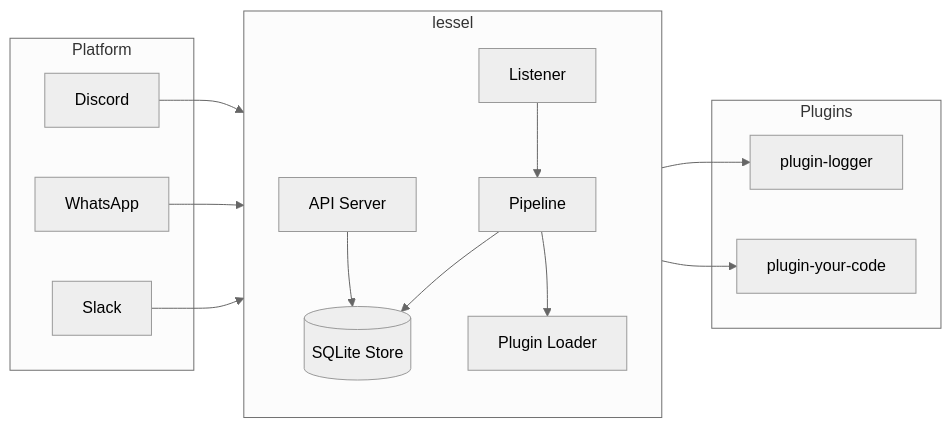
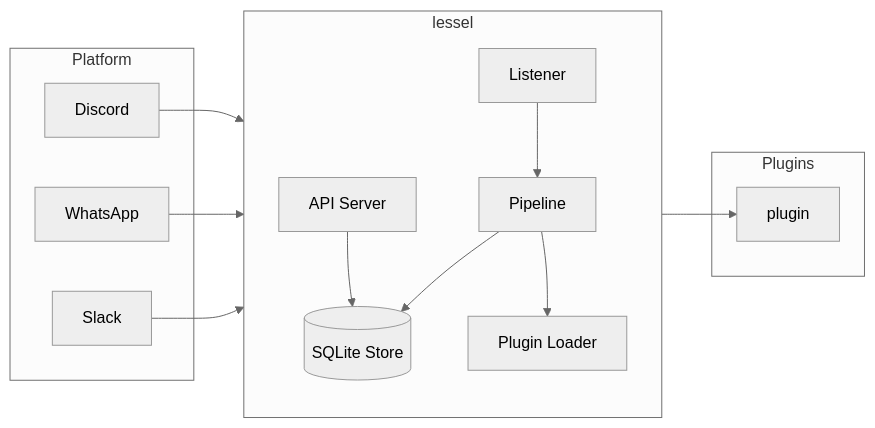
One commit to Terminay/lessel changed the diagram in README.md. Above: the diagram before and after it, drawn with Mermaid (neutral theme). The commit also changed other lines of this file, not shown here.

````diff
--- a/README.md
+++ b/README.md
@@ -34,32 +41,30 @@
 ```mermaid
 flowchart LR
     subgraph Platform
         D[Discord]
         W[WhatsApp]
         S[Slack]
     end
 
     subgraph lessel
         direction TB
         L[Listener]
         P[Pipeline]
         A[API Server]
         ST[(SQLite Store)]
         PL[Plugin Loader]
     end
 
     subgraph Plugins
-        PL1[plugin-logger]
-        PL2[plugin-your-code]
+        PL1[plugin]
     end
 
     D --> L
     W --> L
     S --> L
     L --> P
     P --> ST
     P --> PL
     PL --> PL1
-    PL --> PL2
     A --> ST
 ```
````
